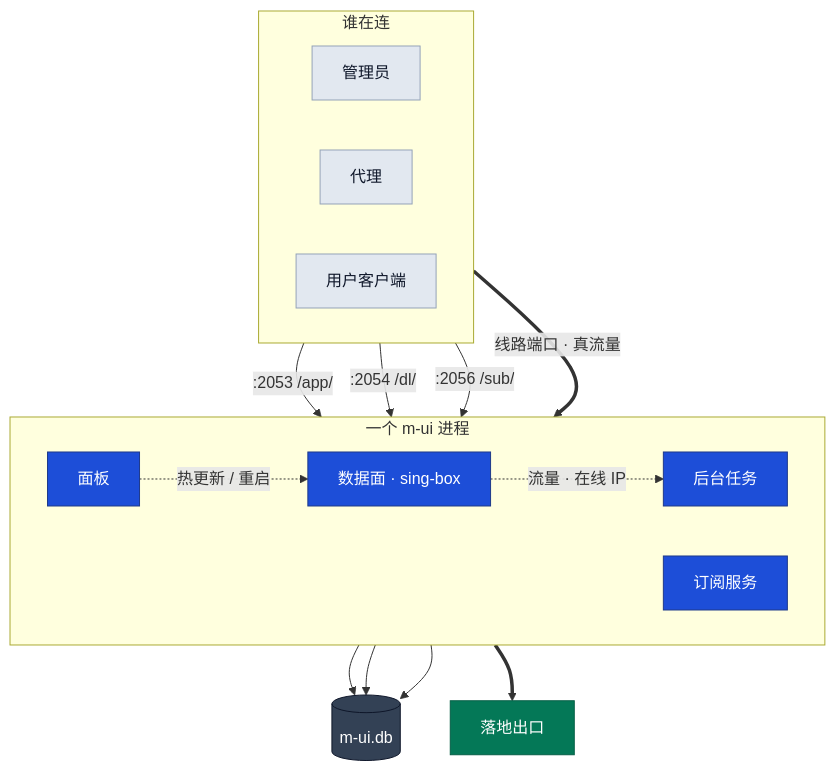
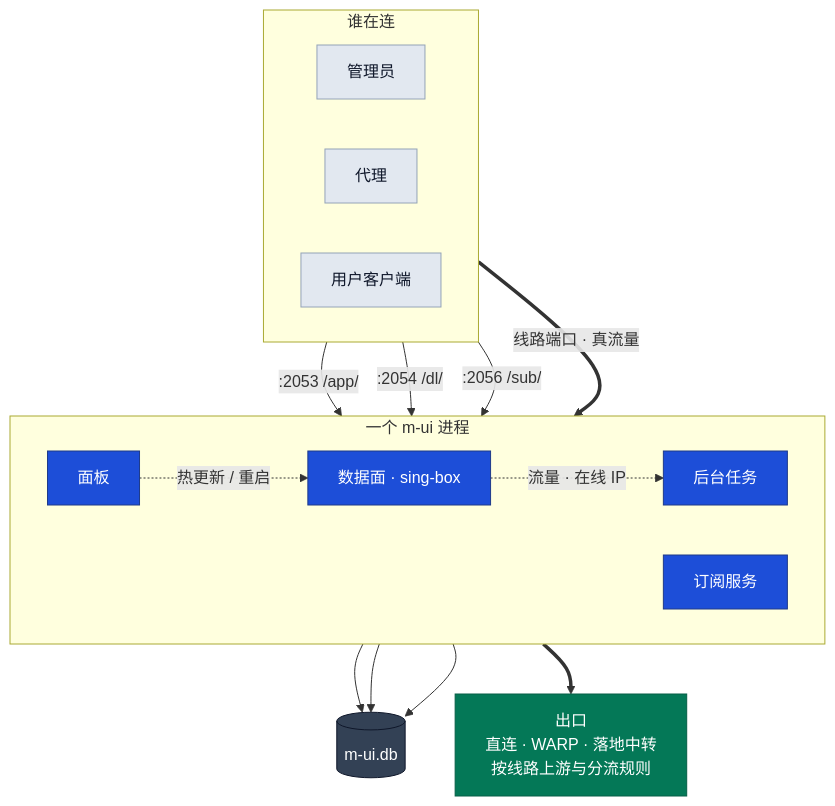
Before and after one commit to Maoyangui/m-ui: the first of 5 diagrams in README.md, drawn with Mermaid. The commit also changed other lines of this file and 3 other files, not shown here.

````diff
--- a/README.md
+++ b/README.md
@@ -79,38 +79,38 @@
 ```mermaid
 flowchart TB
   subgraph WHO["谁在连"]
     direction LR
     ADM["管理员"]
     DLR["代理"]
     APP["用户客户端"]
   end
 
   subgraph PROC["一个 m-ui 进程"]
     direction LR
     WEB["面板"]
     SUB["订阅服务"]
     CORE["数据面 · sing-box"]
     BG["后台任务"]
   end
 
   ADM -->|":2053 /app/"| WEB
   DLR -->|":2054 /dl/"| WEB
   APP -->|":2056 /sub/"| SUB
   APP ==>|"线路端口 · 真流量"| CORE
   WEB -.->|"热更新 / 重启"| CORE
   CORE -.->|"流量 · 在线 IP"| BG
   WEB --> DB[("m-ui.db")]
   SUB --> DB
   BG --> DB
-  CORE ==> OUT["落地出口"]
+  CORE ==> OUT["出口<br/>直连 · WARP · 落地中转<br/>按线路上游与分流规则"]
 
   classDef svc fill:#1d4ed8,stroke:#1e3a8a,color:#ffffff,stroke-width:1px
   classDef who fill:#e2e8f0,stroke:#94a3b8,color:#0f172a,stroke-width:1px
   classDef data fill:#334155,stroke:#0f172a,color:#ffffff,stroke-width:1px
   classDef exit fill:#047857,stroke:#065f46,color:#ffffff,stroke-width:1px
   classDef warn fill:#b91c1c,stroke:#7f1d1d,color:#ffffff,stroke-width:1px
   class ADM,DLR,APP who
   class WEB,SUB,CORE,BG svc
   class DB data
   class OUT exit
 ```
````
